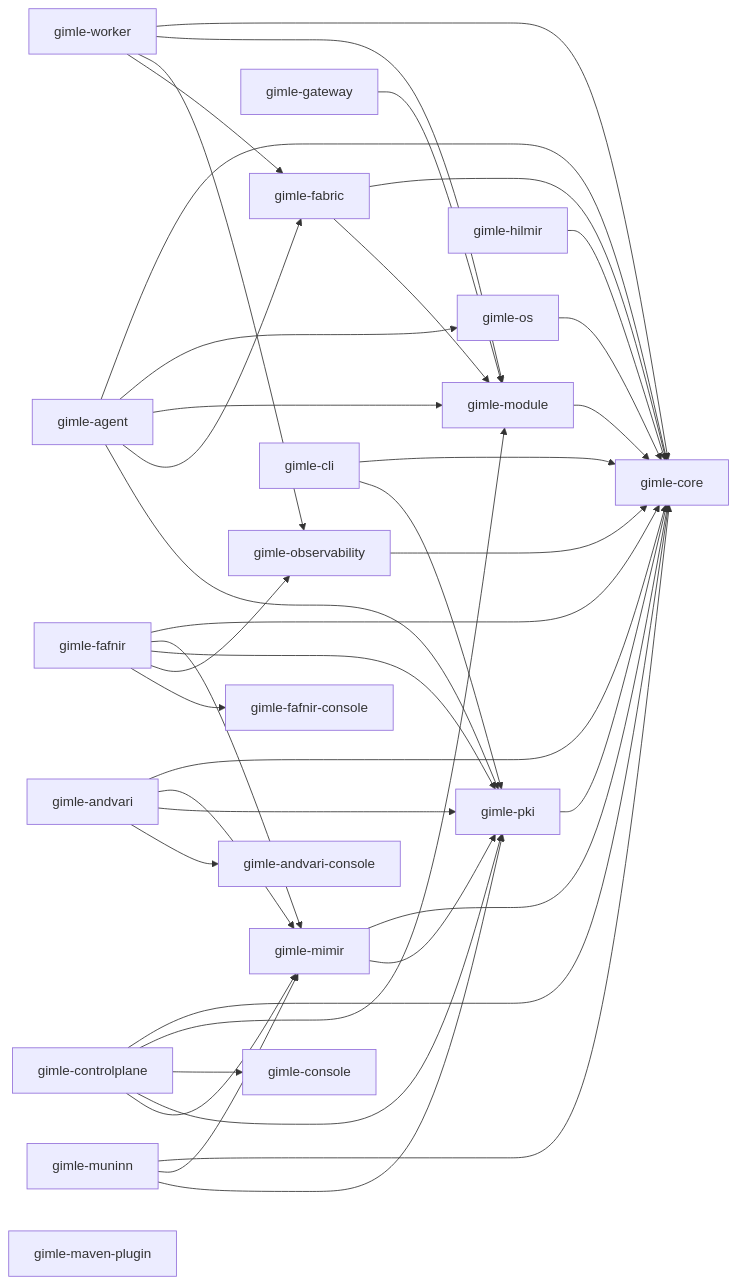
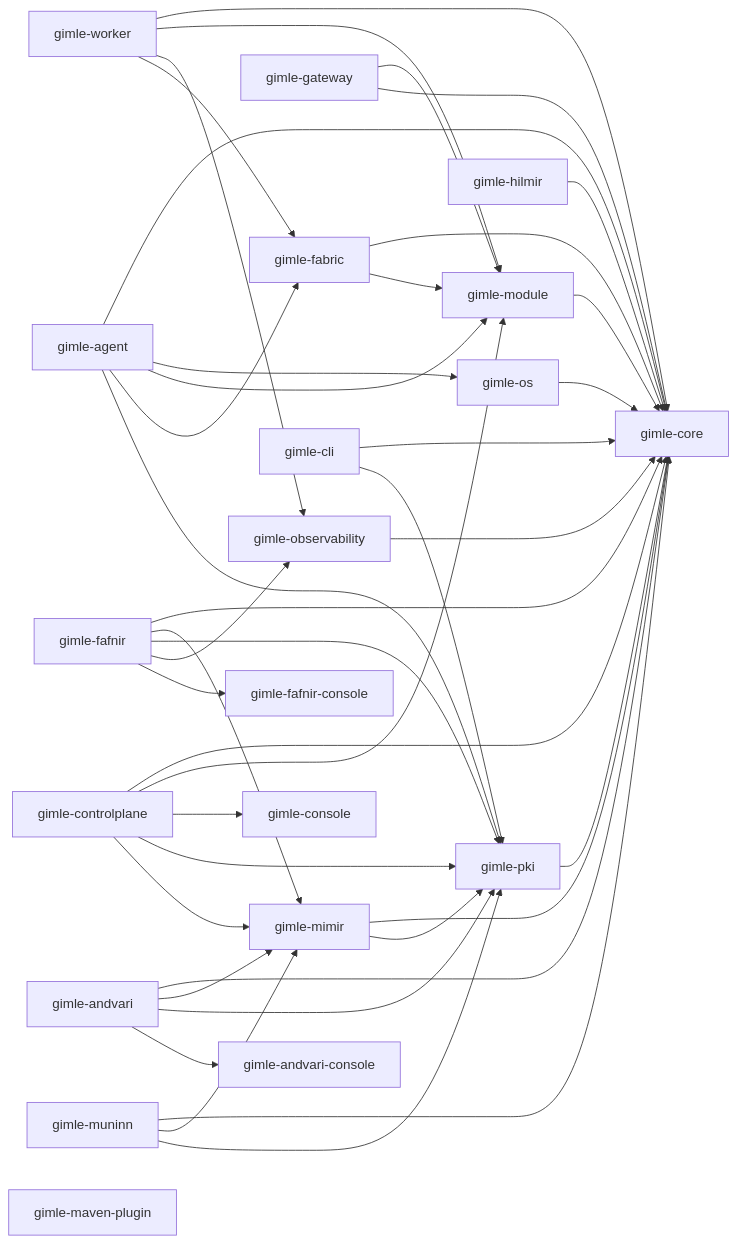
One commit to ghiloufibg/gimle changed the diagram in gimle-docs/docs/contributing/project-structure.md. Above: the diagram before and after it, drawn with Mermaid. The commit also changed other lines of this file and 1 other file, not shown here.

First line of the commit message:
docs(gateway): document vessel routes and the FABRIC/VESSEL syntax

````diff
--- a/gimle-docs/docs/contributing/project-structure.md
+++ b/gimle-docs/docs/contributing/project-structure.md
@@ -16,43 +16,44 @@
 ```mermaid
 graph LR
     core[gimle-core]
     module[gimle-module] --> core
     os[gimle-os] --> core
     observability[gimle-observability] --> core
     fabric[gimle-fabric] --> core
     fabric --> module
     gateway[gimle-gateway] --> module
+    gateway --> core
     pki[gimle-pki] --> core
     worker[gimle-worker] --> core
     worker --> module
     worker --> observability
     worker --> fabric
     agent[gimle-agent] --> core
     agent --> os
     agent --> module
     agent --> fabric
     agent --> pki
     mimir[gimle-mimir] --> core
     mimir --> pki
     fafnir[gimle-fafnir] --> core
     fafnir --> mimir
     fafnir --> pki
     fafnir --> observability
     fafnir --> fafnirconsole[gimle-fafnir-console]
     muninn[gimle-muninn] --> core
     muninn --> mimir
     muninn --> pki
     andvari[gimle-andvari] --> core
     andvari --> mimir
     andvari --> pki
     andvari --> andvariconsole[gimle-andvari-console]
     controlplane[gimle-controlplane] --> core
     controlplane --> module
     controlplane --> console[gimle-console]
     controlplane --> pki
     controlplane --> mimir
     cli[gimle-cli] --> core
     cli --> pki
     hilmir[gimle-hilmir] --> core
     mavenplugin[gimle-maven-plugin]
 ```
````
